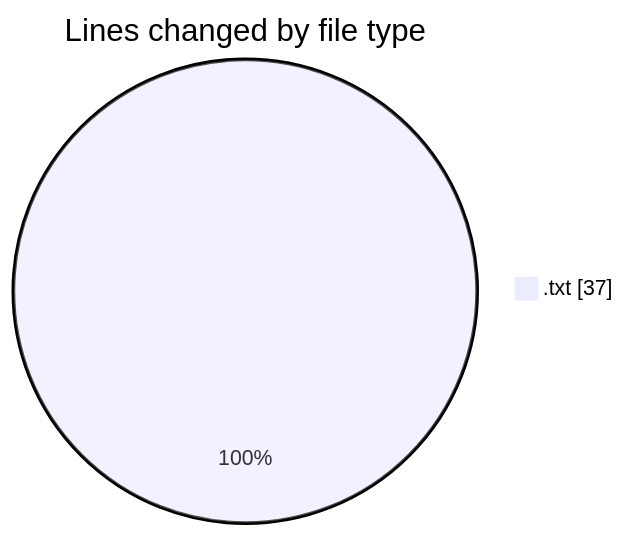
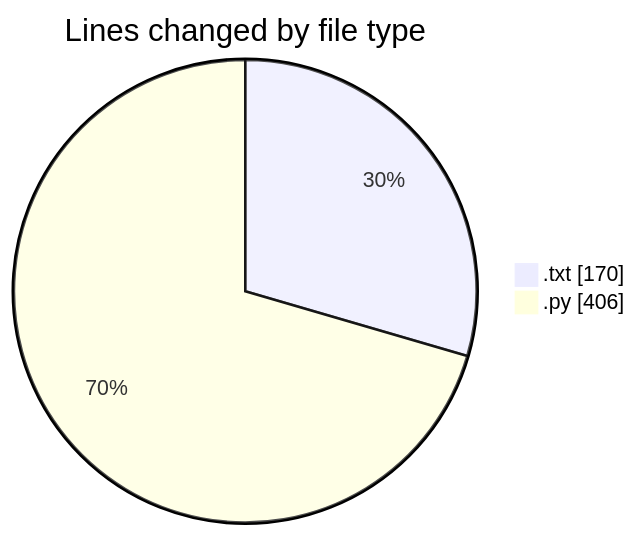
Before and after one commit to lephambinh05/code-tracking: the first of 2 diagrams in 2025-09-16/datanv/README.md, drawn with Mermaid. The commit also changed other lines of this file and 1 other file, not shown here.

````diff
--- a/2025-09-16/datanv/README.md
+++ b/2025-09-16/datanv/README.md
@@ -20,5 +24,6 @@
 ```mermaid
 pie showData
 title Lines changed by file type
-".txt" : 37
+".txt" : 170
+".py" : 406
 ```
````
